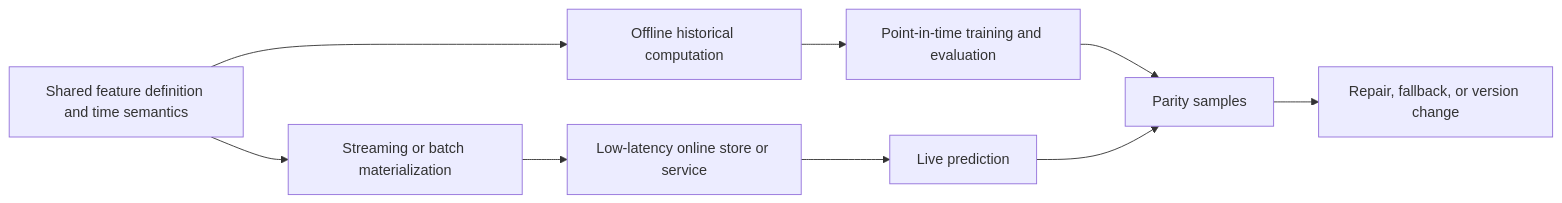
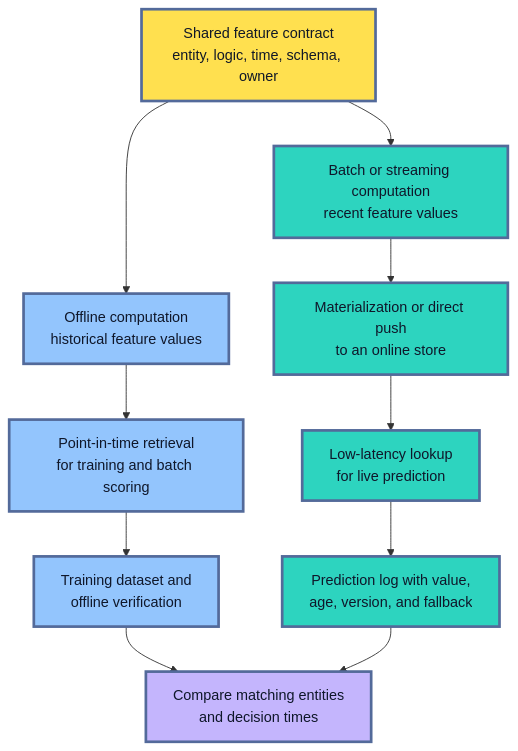
The first of 7 diagrams in roadmaps/mlops/modules/data-for-ml-systems/feature-management/02-online-vs-offline-features.md (senlinyy/dev-roadmaps), drawn with Mermaid before and after one commit. The commit also changed other lines of this file and 198 other files, not shown here.

````diff
--- a/roadmaps/mlops/modules/data-for-ml-systems/feature-management/02-online-vs-offline-features.md
+++ b/roadmaps/mlops/modules/data-for-ml-systems/feature-management/02-online-vs-offline-features.md
@@ -19,11 +78,21 @@
 ```mermaid
-flowchart LR
-    Definition["Shared feature definition and time semantics"] --> Offline["Offline historical computation"]
-    Definition --> Materialize["Streaming or batch materialization"]
-    Offline --> Training["Point-in-time training and evaluation"]
-    Materialize --> Online["Low-latency online store or service"]
-    Online --> Serving["Live prediction"]
-    Training --> Compare["Parity samples"]
-    Serving --> Compare
-    Compare --> Response["Repair, fallback, or version change"]
+flowchart TD
+    A["Shared feature contract<br/>entity, logic, time, schema, owner"] --> B["Offline computation<br/>historical feature values"]
+    A --> C["Batch or streaming computation<br/>recent feature values"]
+    B --> D["Point-in-time retrieval<br/>for training and batch scoring"]
+    C --> E["Materialization or direct push<br/>to an online store"]
+    E --> F["Low-latency lookup<br/>for live prediction"]
+    D --> G["Training dataset and<br/>offline verification"]
+    F --> H["Prediction log with value,<br/>age, version, and fallback"]
+    G --> I["Compare matching entities<br/>and decision times"]
+    H --> I
+
+    classDef contract fill:#FFE04F,stroke:#536A9A,stroke-width:3px,color:#111827
+    classDef offline fill:#93C5FD,stroke:#536A9A,stroke-width:3px,color:#0F172A
+    classDef online fill:#2DD4BF,stroke:#536A9A,stroke-width:3px,color:#0F172A
+    classDef evidence fill:#C4B5FD,stroke:#536A9A,stroke-width:3px,color:#0F172A
+    class A contract
+    class B,D,G offline
+    class C,E,F,H online
+    class I evidence
 ```
````
